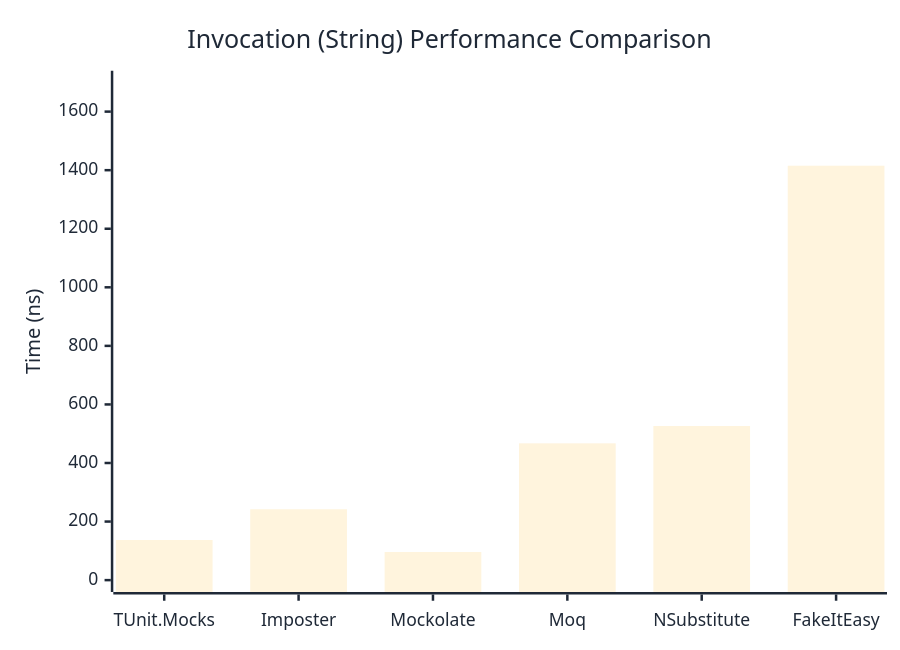
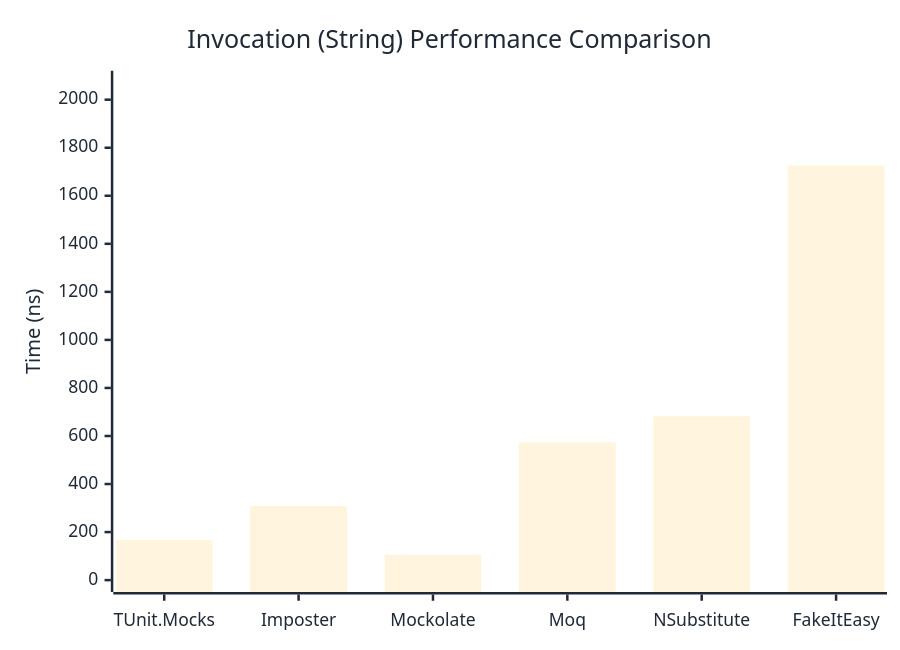
The second of 3 diagrams in docs/docs/benchmarks/mocks/Invocation.md (thomhurst/TUnit), drawn with Mermaid before and after one commit. The commit also changed other lines of this file and 14 other files, not shown here.

````diff
--- a/docs/docs/benchmarks/mocks/Invocation.md
+++ b/docs/docs/benchmarks/mocks/Invocation.md
@@ -71,27 +71,27 @@
 ```mermaid
 %%{init: {
   'theme':'base',
   'themeVariables': {
     'primaryColor': '#2563eb',
     'primaryTextColor': '#1f2937',
     'primaryBorderColor': '#1e40af',
     'lineColor': '#6b7280',
     'secondaryColor': '#7c3aed',
     'tertiaryColor': '#dc2626',
     'background': '#ffffff',
     'pie1': '#2563eb',
     'pie2': '#7c3aed',
     'pie3': '#dc2626',
     'pie4': '#f59e0b',
     'pie5': '#10b981',
     'pie6': '#06b6d4',
     'pie7': '#ec4899',
     'pie8': '#6366f1'
   }
 }}%%
 xychart-beta
   title "Invocation (String) Performance Comparison"
   x-axis ["TUnit.Mocks", "Imposter", "Mockolate", "Moq", "NSubstitute", "FakeItEasy"]
-  y-axis "Time (ns)" 0 --> 1699
-  bar [137.04, 242.03, 96.01, 467.19, 526.42, 1415.3]
+  y-axis "Time (ns)" 0 --> 2071
+  bar [167.2, 308.3, 105.8, 573.4, 682.1, 1725.8]
 ```
````
